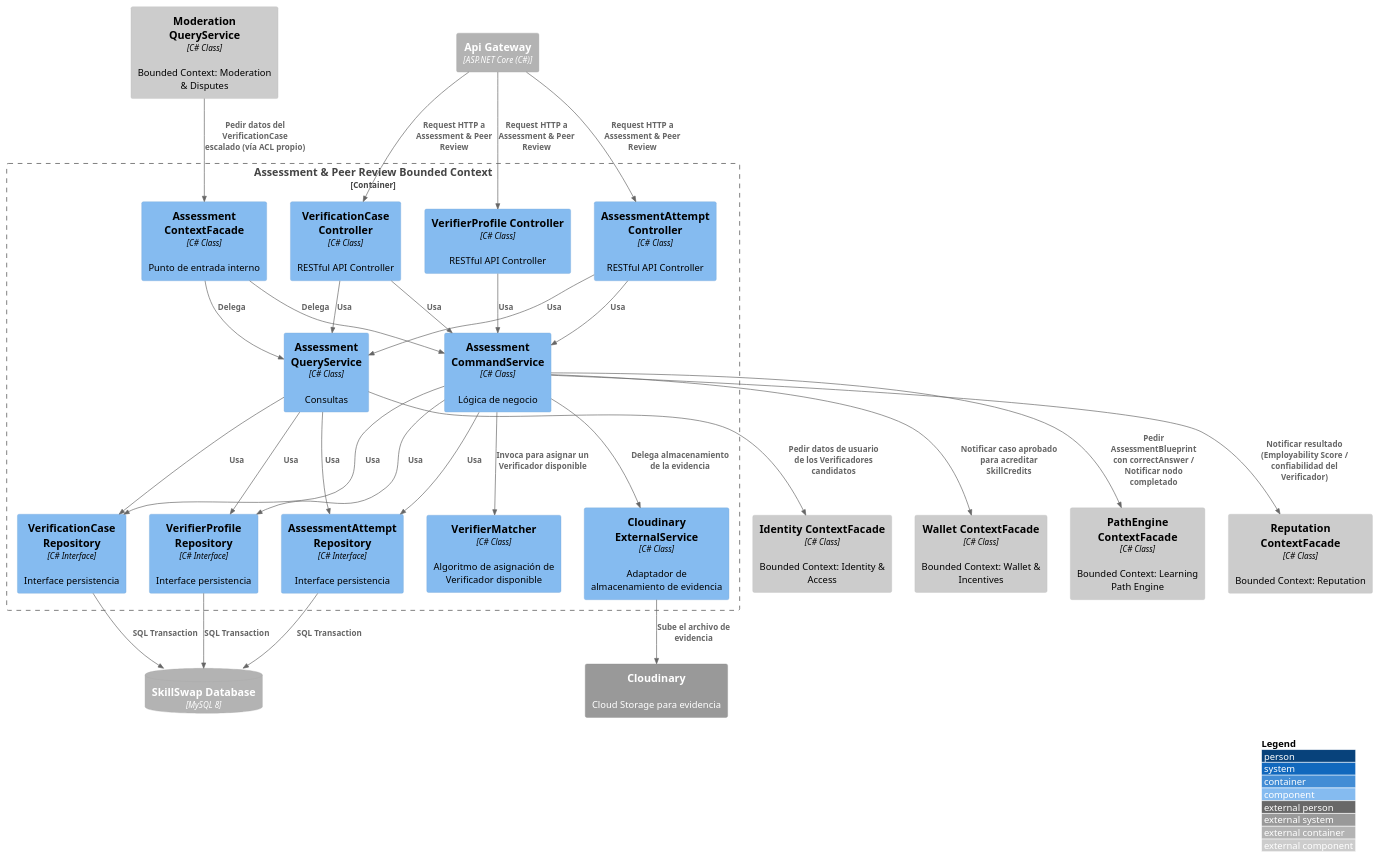
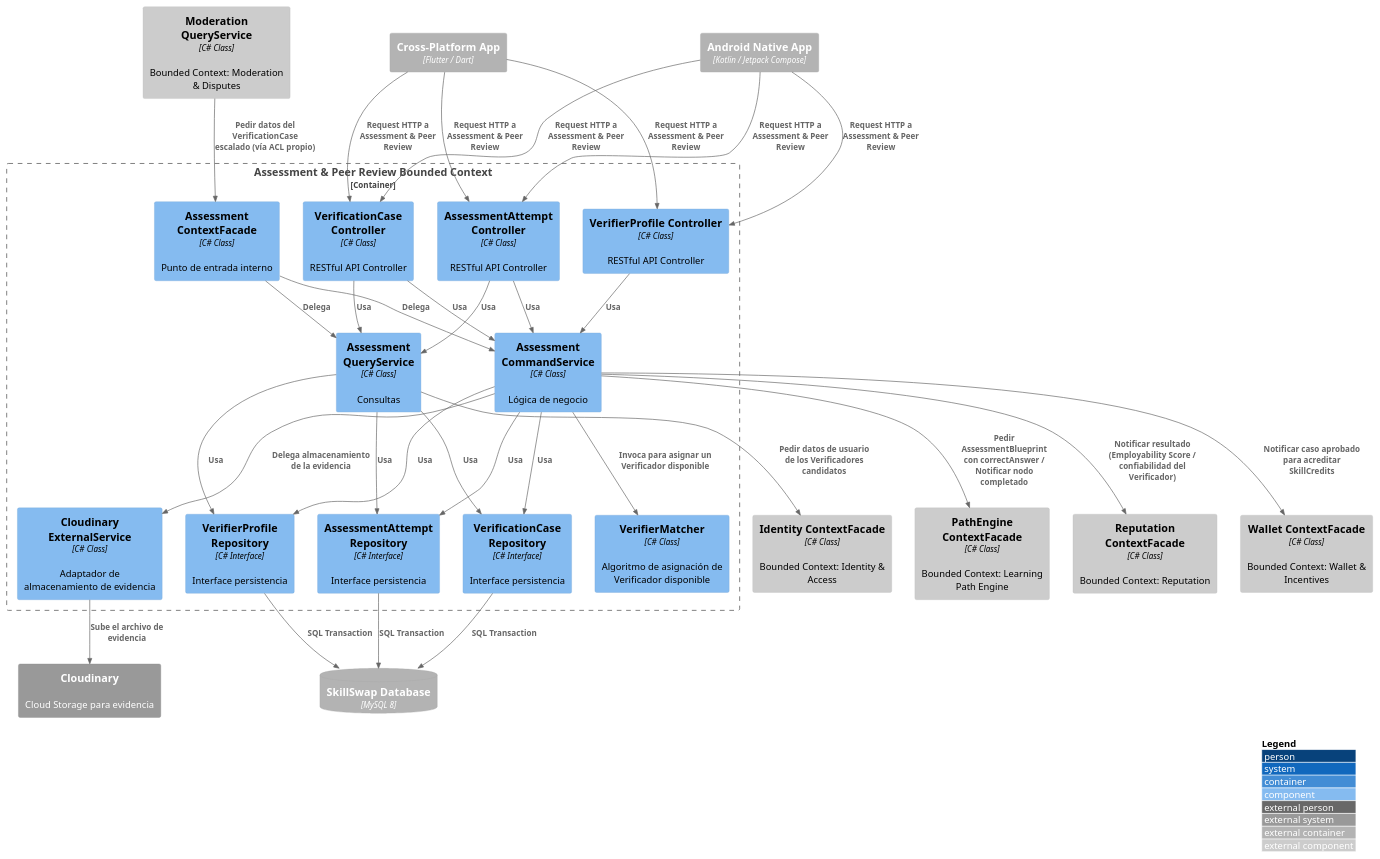
One commit to Aplicaciones-Dispositivos-Moviles/SkillSwap-ProjectReport changed the diagram in DB&C4/Component_Diagram_Assessment_Peer_Review.puml. Above: the diagram before and after it, drawn with PlantUML. The commit also changed 20 other files, not shown here.

Commit message:
docs: modify C4 architecture diagrams per professor request

```diff
--- a/DB&C4/Component_Diagram_Assessment_Peer_Review.puml
+++ b/DB&C4/Component_Diagram_Assessment_Peer_Review.puml
@@ -1,65 +1,69 @@
 @startuml AssessmentPeerReviewComponent
 !include https://raw.githubusercontent.com/plantuml-stdlib/C4-PlantUML/master/C4_Component.puml
 
 LAYOUT_WITH_LEGEND()
 
-Container_Ext(apiGateway, "Api Gateway", "ASP.NET Core (C#)")
+Container_Ext(androidApp, "Android Native App", "Kotlin / Jetpack Compose")
+Container_Ext(flutterApp, "Cross-Platform App", "Flutter / Dart")
 ContainerDb_Ext(mainDB, "SkillSwap Database", "MySQL 8")
 System_Ext(cloudStorage, "Cloudinary", "Cloud Storage para evidencia")
 
 Container_Boundary(assessmentBC, "Assessment & Peer Review Bounded Context") {
     Component(assessmentAttemptController, "AssessmentAttempt Controller", "C# Class", "RESTful API Controller")
     Component(verificationCaseController, "VerificationCase Controller", "C# Class", "RESTful API Controller")
     Component(verifierProfileController, "VerifierProfile Controller", "C# Class", "RESTful API Controller")
     Component(assessmentCommandService, "Assessment CommandService", "C# Class", "Lógica de negocio")
     Component(assessmentQueryService, "Assessment QueryService", "C# Class", "Consultas")
     Component(verifierMatcher, "VerifierMatcher", "C# Class", "Algoritmo de asignación de Verificador disponible")
     Component(attemptRepository, "AssessmentAttempt Repository", "C# Interface", "Interface persistencia")
     Component(verifierProfileRepository, "VerifierProfile Repository", "C# Interface", "Interface persistencia")
     Component(caseRepository, "VerificationCase Repository", "C# Interface", "Interface persistencia")
     Component(evidenceExternal, "Cloudinary ExternalService", "C# Class", "Adaptador de almacenamiento de evidencia")
     Component(assessmentContextFacade, "Assessment ContextFacade", "C# Class", "Punto de entrada interno")
 }
 
 Component_Ext(pathEngineContextFacade, "PathEngine ContextFacade", "C# Class", "Bounded Context: Learning Path Engine")
 Component_Ext(identityContextFacade, "Identity ContextFacade", "C# Class", "Bounded Context: Identity & Access")
 Component_Ext(reputationContextFacade, "Reputation ContextFacade", "C# Class", "Bounded Context: Reputation")
 Component_Ext(walletContextFacade, "Wallet ContextFacade", "C# Class", "Bounded Context: Wallet & Incentives")
 Component_Ext(moderationQueryService, "Moderation QueryService", "C# Class", "Bounded Context: Moderation & Disputes")
 
-Rel(apiGateway, assessmentAttemptController, "Request HTTP a Assessment & Peer Review")
-Rel(apiGateway, verificationCaseController, "Request HTTP a Assessment & Peer Review")
-Rel(apiGateway, verifierProfileController, "Request HTTP a Assessment & Peer Review")
+Rel(androidApp, assessmentAttemptController, "Request HTTP a Assessment & Peer Review")
+Rel(flutterApp, assessmentAttemptController, "Request HTTP a Assessment & Peer Review")
+Rel(androidApp, verificationCaseController, "Request HTTP a Assessment & Peer Review")
+Rel(flutterApp, verificationCaseController, "Request HTTP a Assessment & Peer Review")
+Rel(androidApp, verifierProfileController, "Request HTTP a Assessment & Peer Review")
+Rel(flutterApp, verifierProfileController, "Request HTTP a Assessment & Peer Review")
 
 Rel(assessmentAttemptController, assessmentCommandService, "Usa")
 Rel(assessmentAttemptController, assessmentQueryService, "Usa")
 Rel(verificationCaseController, assessmentCommandService, "Usa")
 Rel(verificationCaseController, assessmentQueryService, "Usa")
 Rel(verifierProfileController, assessmentCommandService, "Usa")
 
 Rel(assessmentCommandService, attemptRepository, "Usa")
 Rel(assessmentCommandService, verifierProfileRepository, "Usa")
 Rel(assessmentCommandService, caseRepository, "Usa")
 Rel(assessmentQueryService, attemptRepository, "Usa")
 Rel(assessmentQueryService, verifierProfileRepository, "Usa")
 Rel(assessmentQueryService, caseRepository, "Usa")
 
 Rel(attemptRepository, mainDB, "SQL Transaction")
 Rel(verifierProfileRepository, mainDB, "SQL Transaction")
 Rel(caseRepository, mainDB, "SQL Transaction")
 
 Rel(assessmentCommandService, verifierMatcher, "Invoca para asignar un Verificador disponible")
 Rel(assessmentCommandService, evidenceExternal, "Delega almacenamiento de la evidencia")
 Rel(evidenceExternal, cloudStorage, "Sube el archivo de evidencia")
 
 Rel(assessmentCommandService, pathEngineContextFacade, "Pedir AssessmentBlueprint con correctAnswer / Notificar nodo completado")
 Rel(assessmentCommandService, reputationContextFacade, "Notificar resultado (Employability Score / confiabilidad del Verificador)")
 Rel(assessmentCommandService, walletContextFacade, "Notificar caso aprobado para acreditar SkillCredits")
 Rel(assessmentQueryService, identityContextFacade, "Pedir datos de usuario de los Verificadores candidatos")
 
 Rel(assessmentContextFacade, assessmentCommandService, "Delega")
 Rel(assessmentContextFacade, assessmentQueryService, "Delega")
 
 Rel(moderationQueryService, assessmentContextFacade, "Pedir datos del VerificationCase escalado (vía ACL propio)")
 
 @enduml
```
